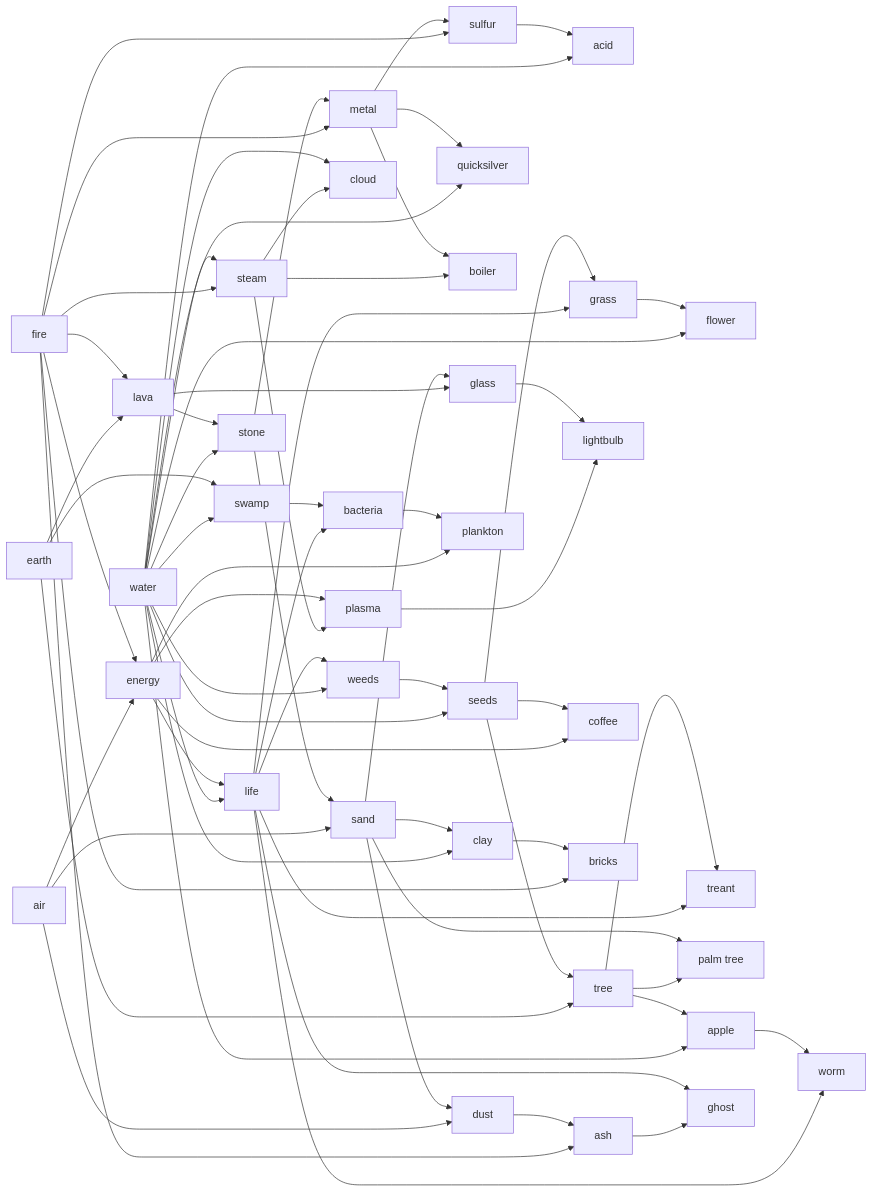
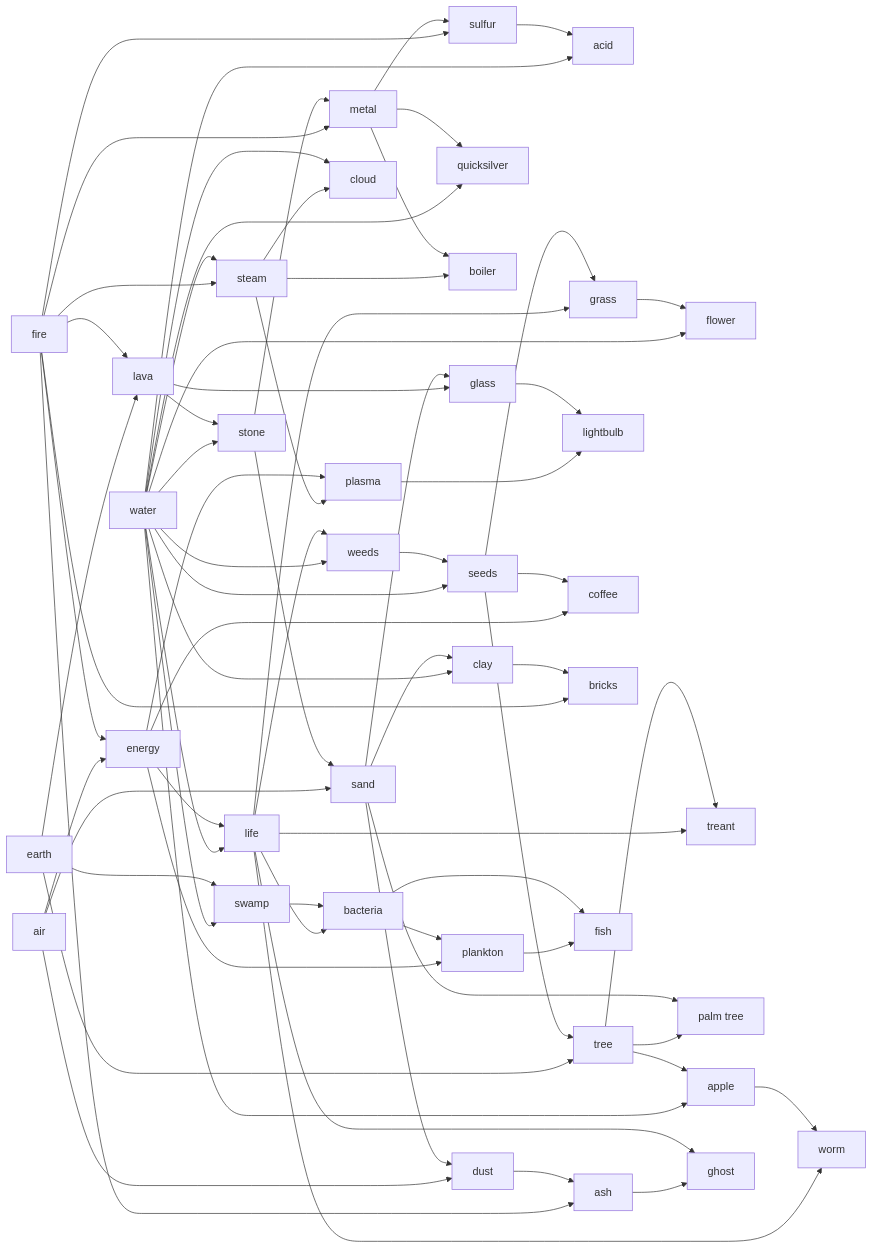
Before and after one commit to res0nat0r/doodle-god: the diagram in README.md, drawn with Mermaid.

````diff
--- a/README.md
+++ b/README.md
@@ -102,4 +102,7 @@
 
 bacteria --> plankton
 energy --> plankton
+
+bacteria --> fish
+plankton --> fish
 ```
````
